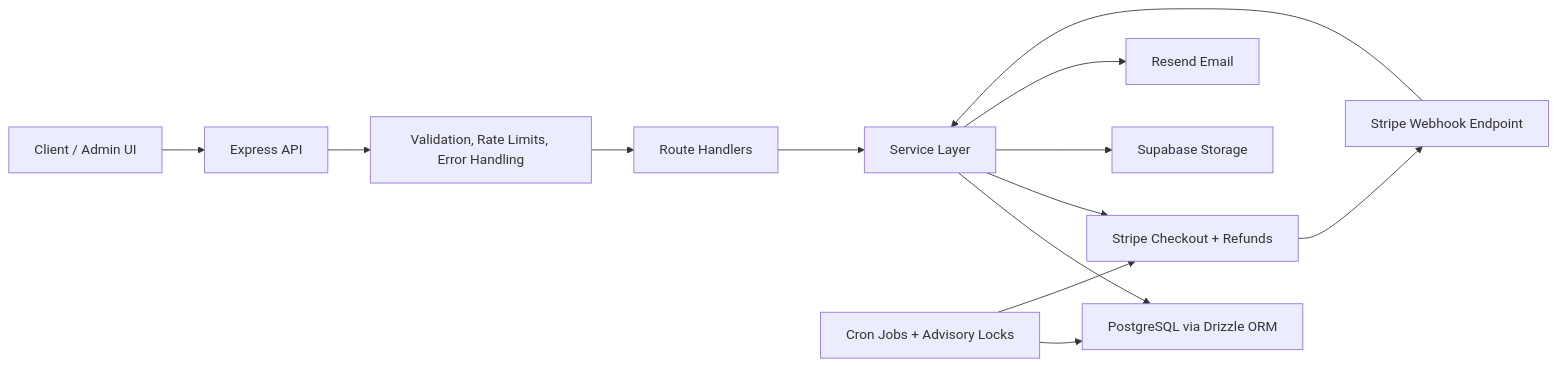
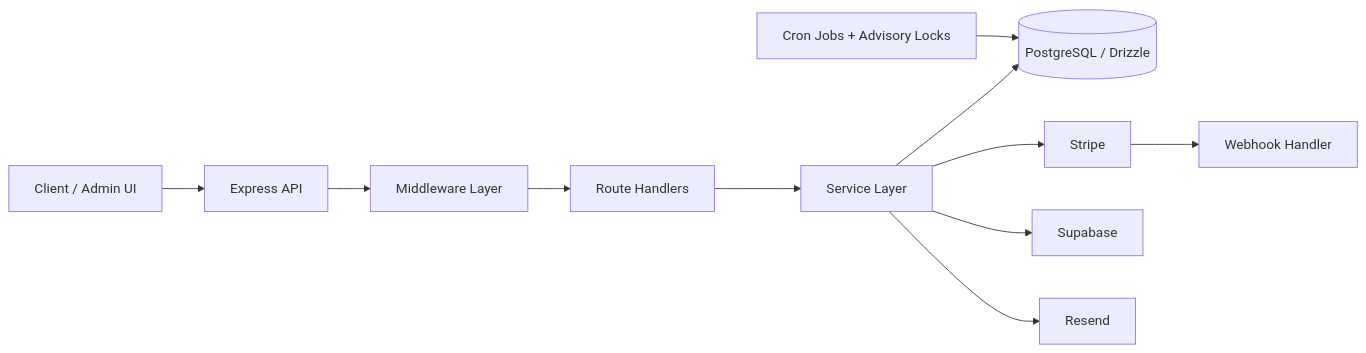
One commit to LouisDev314/popbox-studio-node changed the diagram in README.md. Above: the diagram before and after it, drawn with Mermaid. The commit also changed other lines of this file, not shown here.

````diff
--- a/README.md
+++ b/README.md
@@ -44,15 +78,17 @@
 ```mermaid
 flowchart LR
-    Client["Client / Admin UI"] --> API["Express API"]
-    API --> Middleware["Validation, Rate Limits, Error Handling"]
-    Middleware --> Routes["Route Handlers"]
-    Routes --> Services["Service Layer"]
-    Services --> DB["PostgreSQL via Drizzle ORM"]
-    Services --> Stripe["Stripe Checkout + Refunds"]
-    Services --> Supabase["Supabase Storage"]
-    Services --> Resend["Resend Email"]
-    Stripe --> Webhooks["Stripe Webhook Endpoint"]
-    Webhooks --> Services
-    Jobs["Cron Jobs + Advisory Locks"] --> DB
-    Jobs --> Stripe
+    UI[Client / Admin UI] --> API[Express API]
+
+    API --> MW[Middleware Layer]
+    MW --> RH[Route Handlers]
+    RH --> SL[Service Layer]
+
+    SL --> DB[(PostgreSQL / Drizzle)]
+    SL --> STRIPE[Stripe]
+    SL --> SUPA[Supabase]
+    SL --> EMAIL[Resend]
+
+    STRIPE --> WH[Webhook Handler]
+
+    JOBS[Cron Jobs + Advisory Locks] --> DB
 ```
````
